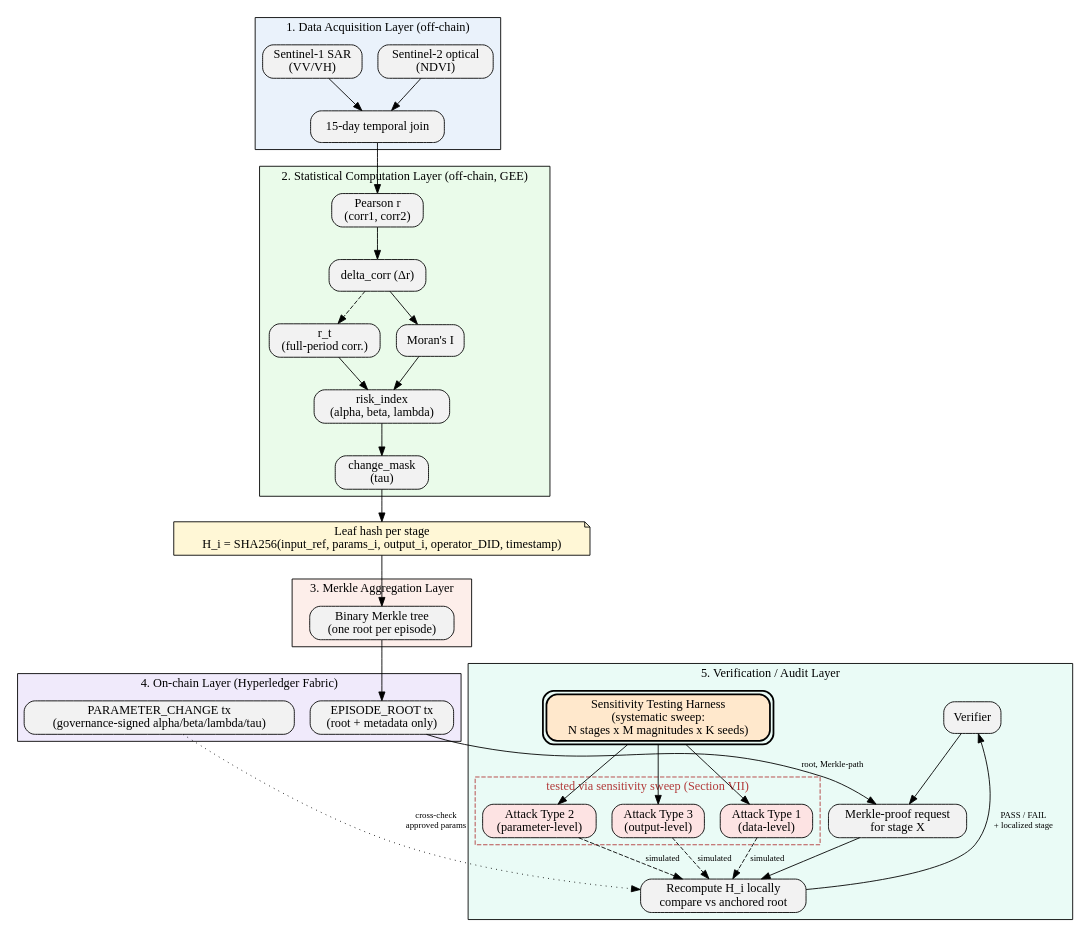
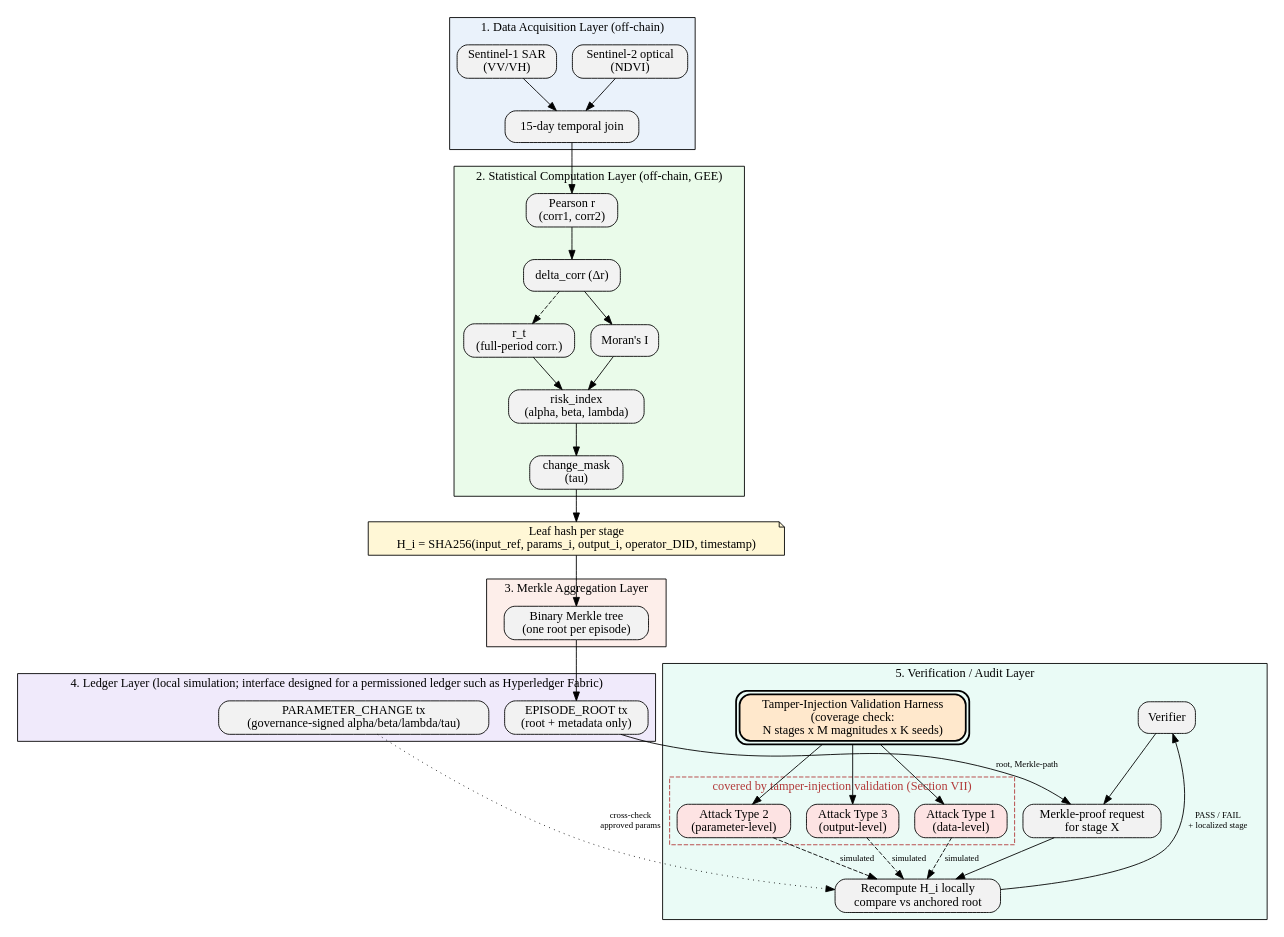
One commit to hpns47/ieee-bss-ee-provenance-poc changed the diagram in architecture.dot. Above: the diagram before and after it, drawn with Graphviz. The commit also changed 3764 other files, not shown here.

```diff
--- a/architecture.dot
+++ b/architecture.dot
@@ -1,88 +1,88 @@
 // architecture.dot — Multi-Level Provenance Architecture, updated per
-// BSS2026_Improvement_Brief.md Section 3: adds the "Sensitivity Testing
-// Harness" node in the Verification/Audit layer (feeding all three attack
+// BSS2026_Improvement_Brief.md Section 3: adds the "Tamper-Injection
+// Validation Harness" node in the Verification/Audit layer (feeding all three attack
 // types, not just an ad-hoc single test) and a dashed box around the
-// three Attack Type nodes captioned "tested via sensitivity sweep".
+// three Attack Type nodes captioned "covered by tamper-injection validation".
 //
 // No local graphviz (`dot`) binary in this environment to render this to
 // PNG/SVG -- paste into any online renderer (e.g. edotor.net,
 // dreampuf.github.io/GraphvizOnline) or run `dot -Tpng architecture.dot -o architecture.png`
 // once graphviz is installed (`sudo apt install graphviz`).
 
 digraph Architecture {
   rankdir=TB;
   fontname="Times New Roman";
   node [fontname="Times New Roman", shape=box, style="rounded,filled", fillcolor="#f2f2f2"];
   edge [fontname="Times New Roman", fontsize=10];
 
   subgraph cluster_data {
     label="1. Data Acquisition Layer (off-chain)";
     style=filled; fillcolor="#eaf2fb";
     S2 [label="Sentinel-2 optical\n(NDVI)"];
     S1 [label="Sentinel-1 SAR\n(VV/VH)"];
     JOIN [label="15-day temporal join"];
     S2 -> JOIN; S1 -> JOIN;
   }
 
   subgraph cluster_stat {
     label="2. Statistical Computation Layer (off-chain, GEE)";
     style=filled; fillcolor="#eafbea";
     PEARSON [label="Pearson r\n(corr1, corr2)"];
     DELTA [label="delta_corr (Δr)"];
     RT [label="r_t\n(full-period corr.)"];
     MORAN [label="Moran's I"];
     RISK [label="risk_index\n(alpha, beta, lambda)"];
     CHANGE [label="change_mask\n(tau)"];
     PEARSON -> DELTA -> MORAN -> RISK -> CHANGE;
     DELTA -> RT [style=dashed];
     RT -> RISK;
     JOIN -> PEARSON;
   }
 
   LEAF [label="Leaf hash per stage\nH_i = SHA256(input_ref, params_i, output_i, operator_DID, timestamp)",
         shape=note, fillcolor="#fff7d6"];
   CHANGE -> LEAF;
 
   subgraph cluster_merkle {
     label="3. Merkle Aggregation Layer";
     style=filled; fillcolor="#fdeeea";
     MERKLE [label="Binary Merkle tree\n(one root per episode)"];
   }
   LEAF -> MERKLE;
 
   subgraph cluster_chain {
-    label="4. On-chain Layer (Hyperledger Fabric)";
+    label="4. Ledger Layer (local simulation; interface designed for a permissioned ledger such as Hyperledger Fabric)";
     style=filled; fillcolor="#f0eafb";
     ROOT_TX [label="EPISODE_ROOT tx\n(root + metadata only)"];
     GOV_TX [label="PARAMETER_CHANGE tx\n(governance-signed alpha/beta/lambda/tau)"];
   }
   MERKLE -> ROOT_TX;
 
   subgraph cluster_verify {
     label="5. Verification / Audit Layer";
     style=filled; fillcolor="#eafbf6";
     VERIFIER [label="Verifier"];
     PROOF [label="Merkle-proof request\nfor stage X"];
     RECOMPUTE [label="Recompute H_i locally\ncompare vs anchored root"];
-    HARNESS [label="Sensitivity Testing Harness\n(systematic sweep:\nN stages x M magnitudes x K seeds)",
+    HARNESS [label="Tamper-Injection Validation Harness\n(coverage check:\nN stages x M magnitudes x K seeds)",
               shape=box, style="rounded,filled,bold", fillcolor="#ffe8cc", peripheries=2];
 
     subgraph cluster_attacks {
-      label="tested via sensitivity sweep (Section VII)";
+      label="covered by tamper-injection validation (Section VII)";
       style=dashed; color="#b23a3a"; fontcolor="#b23a3a";
       T1 [label="Attack Type 1\n(data-level)", fillcolor="#fde3e3"];
       T2 [label="Attack Type 2\n(parameter-level)", fillcolor="#fde3e3"];
       T3 [label="Attack Type 3\n(output-level)", fillcolor="#fde3e3"];
     }
 
     VERIFIER -> PROOF -> RECOMPUTE;
     HARNESS -> T1; HARNESS -> T2; HARNESS -> T3;
     T1 -> RECOMPUTE [style=dashed, label="simulated"];
     T2 -> RECOMPUTE [style=dashed, label="simulated"];
     T3 -> RECOMPUTE [style=dashed, label="simulated"];
   }
 
   ROOT_TX -> PROOF [label="root, Merkle-path"];
   GOV_TX -> RECOMPUTE [label="cross-check\napproved params", style=dotted];
   RECOMPUTE -> VERIFIER [label="PASS / FAIL\n+ localized stage"];
 }
```
